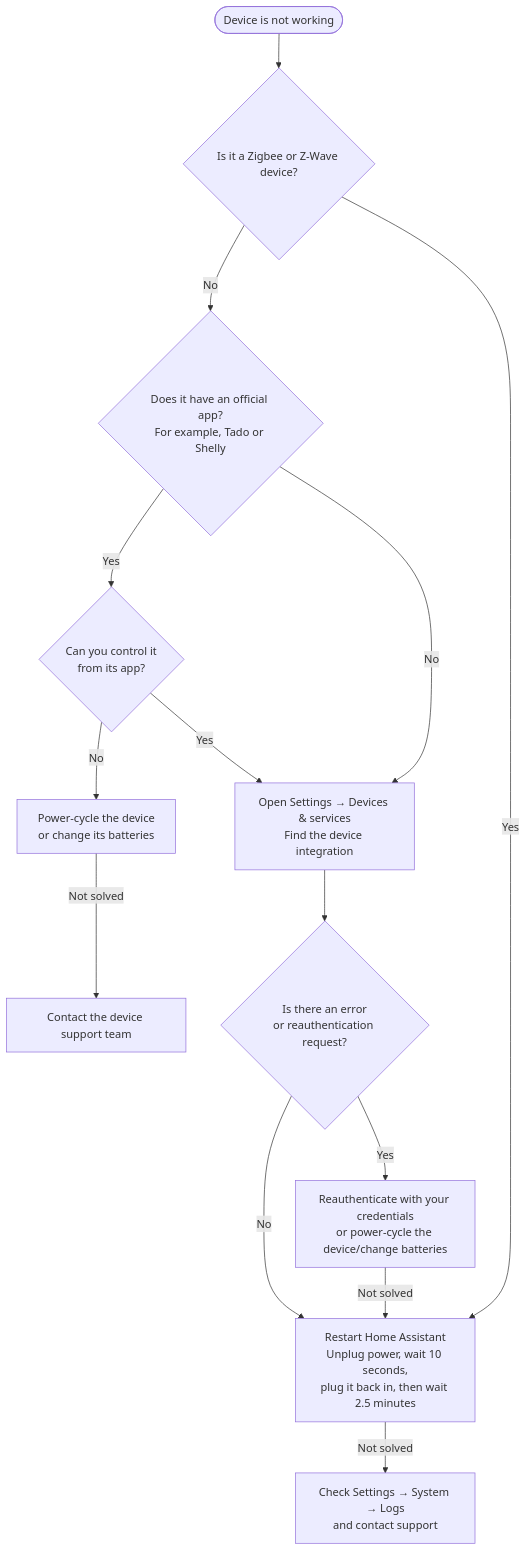
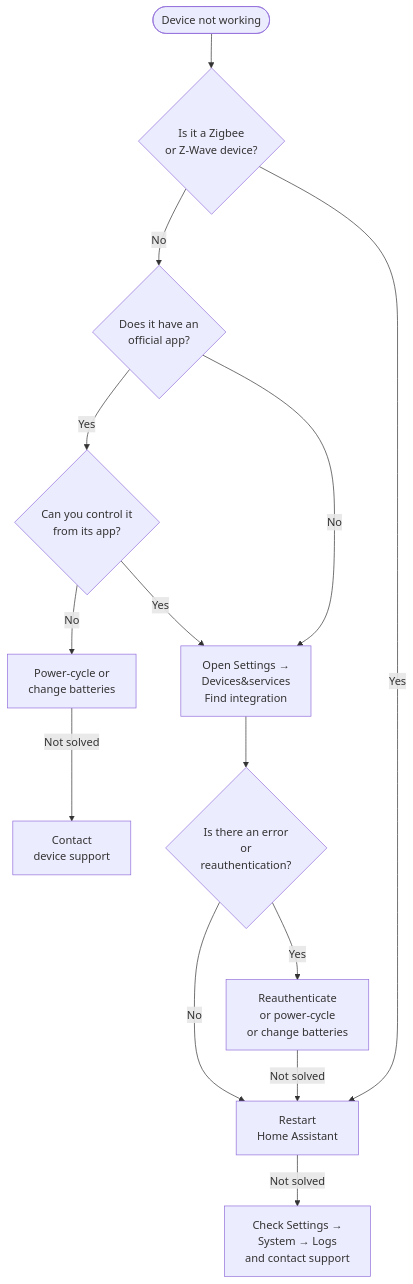
Before and after one commit to offdelay/docs: the diagram in docs/get-started/faq.md, drawn with Mermaid. The commit also changed 22 other files, not shown here.

````diff
--- a/docs/get-started/faq.md
+++ b/docs/get-started/faq.md
@@ -5,16 +5,16 @@
     ```mermaid
     flowchart TD
-        A([Device is not working]) --> B{Is it a Zigbee or Z-Wave device?}
-        B -- Yes --> H[Restart Home Assistant<br/>Unplug power, wait 10 seconds,<br/>plug it back in, then wait 2.5 minutes]
-        B -- No --> C{Does it have an official app?<br/>For example, Tado or Shelly}
-        C -- No --> I[Open Settings → Devices & services<br/>Find the device integration]
+        A([Device not working]) --> B{Is it a Zigbee<br/>or Z-Wave device?}
+        B -- Yes --> H[Restart<br/>Home Assistant]
+        B -- No --> C{Does it have an<br/>official app?}
+        C -- No --> I[Open Settings →<br/>Devices&services<br/>Find integration]
         C -- Yes --> D{Can you control it<br/>from its app?}
-        D -- No --> E[Power-cycle the device<br/>or change its batteries]
-        E -- Not solved --> J[Contact the device support team]
+        D -- No --> E[Power-cycle or<br/>change batteries]
+        E -- Not solved --> J[Contact<br/>device support]
         D -- Yes --> I
-        I --> K{Is there an error<br/>or reauthentication request?}
-        K -- Yes --> L[Reauthenticate with your credentials<br/>or power-cycle the device/change batteries]
+        I --> K{Is there an error<br/>or<br/>reauthentication?}
+        K -- Yes --> L[Reauthenticate<br/>or power-cycle <br/>or change batteries]
         L -- Not solved --> H
         K -- No --> H
-        H -- Not solved --> M[Check Settings → System → Logs<br/>and contact support]
+        H -- Not solved --> M[Check Settings →<br/>System → Logs<br/>and contact support]
     ```
````
